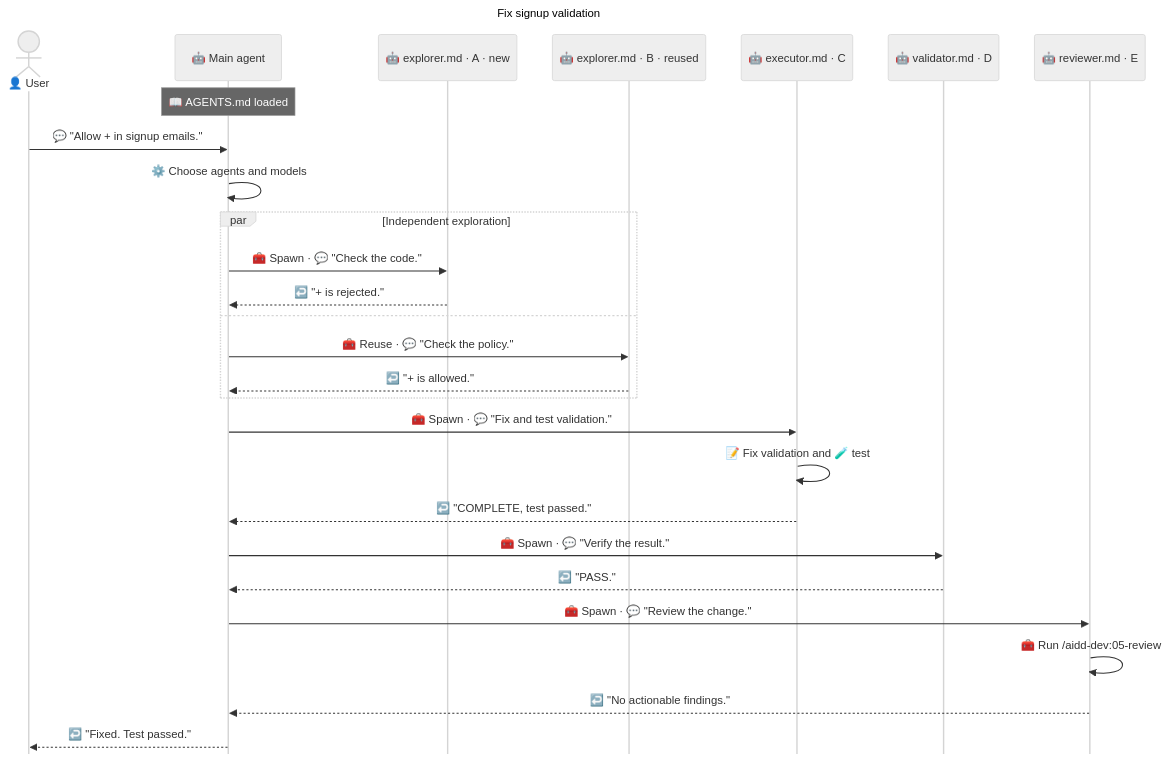
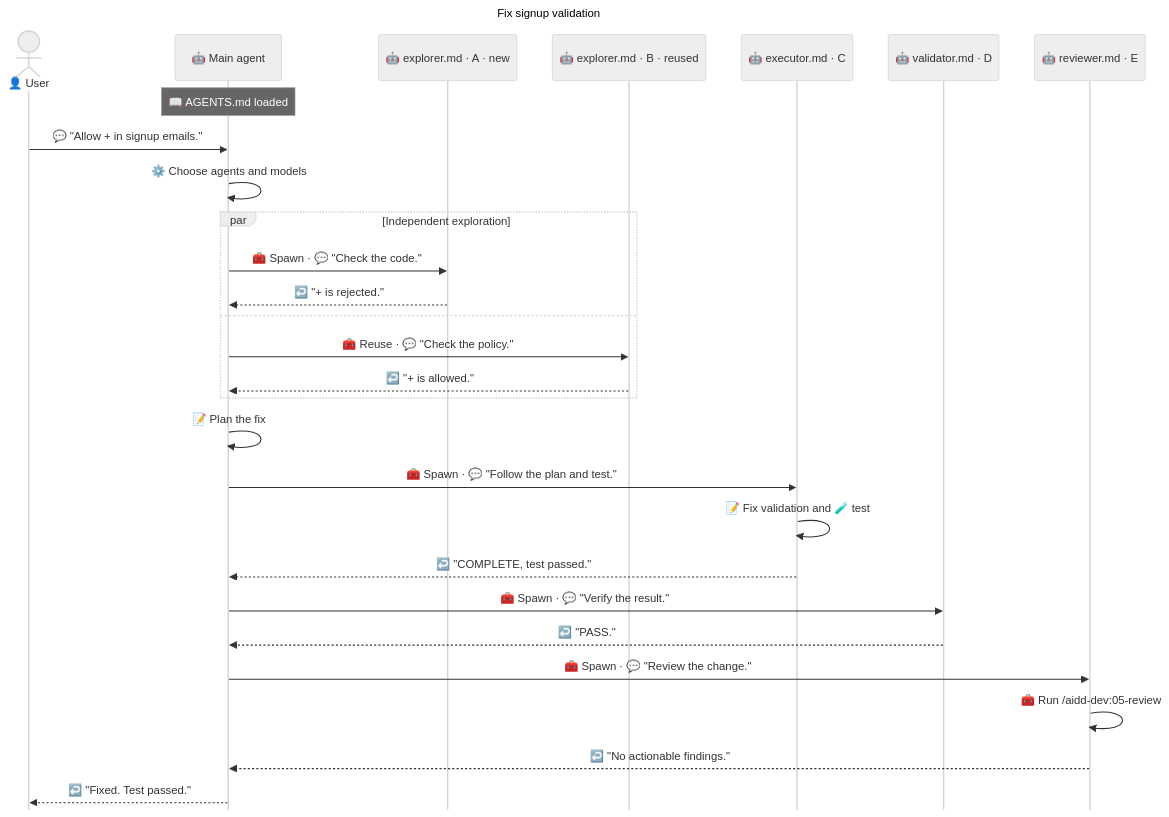
Before and after one commit to ai-driven-dev/framework: the second of 2 diagrams in docs/SUBAGENTS.md, drawn with Mermaid (neutral theme). The commit also changed other lines of this file and 9 other files, not shown here.

````diff
--- a/docs/SUBAGENTS.md
+++ b/docs/SUBAGENTS.md
@@ -63,36 +63,37 @@
 ```mermaid
 ---
 title: Fix signup validation
 config:
   sequence:
     mirrorActors: false
 ---
 sequenceDiagram
   actor User as 👤 User
   participant Main as 🤖 Main agent
   participant ExplorerA as 🤖 explorer.md · A · new
   participant ExplorerB as 🤖 explorer.md · B · reused
   participant Executor as 🤖 executor.md · C
   participant Validator as 🤖 validator.md · D
   participant Reviewer as 🤖 reviewer.md · E
 
   Note over Main: 📖 AGENTS.md loaded
   User->>Main: 💬 "Allow + in signup emails."
   Main->>Main: ⚙️ Choose agents and models
   par Independent exploration
     Main->>ExplorerA: 🧰 Spawn · 💬 "Check the code."
     ExplorerA-->>Main: ↩️ "+ is rejected."
   and
     Main->>ExplorerB: 🧰 Reuse · 💬 "Check the policy."
     ExplorerB-->>Main: ↩️ "+ is allowed."
   end
-  Main->>Executor: 🧰 Spawn · 💬 "Fix and test validation."
+  Main->>Main: 📝 Plan the fix
+  Main->>Executor: 🧰 Spawn · 💬 "Follow the plan and test."
   Executor->>Executor: 📝 Fix validation and 🧪 test
   Executor-->>Main: ↩️ "COMPLETE, test passed."
   Main->>Validator: 🧰 Spawn · 💬 "Verify the result."
   Validator-->>Main: ↩️ "PASS."
   Main->>Reviewer: 🧰 Spawn · 💬 "Review the change."
   Reviewer->>Reviewer: 🧰 Run /aidd-dev:05-review
   Reviewer-->>Main: ↩️ "No actionable findings."
   Main-->>User: ↩️ "Fixed. Test passed."
 ```
````
